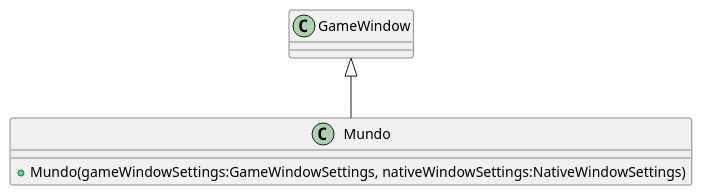
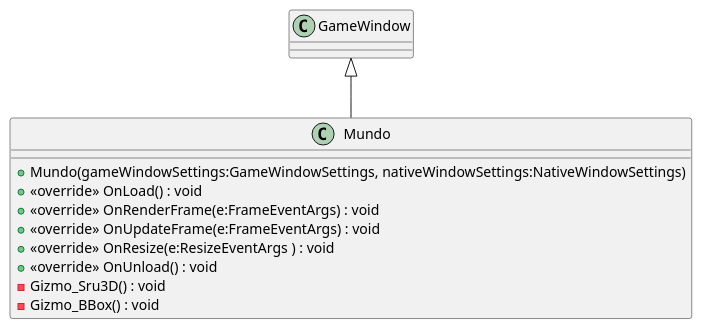
One commit to gcgfurb/disciplinaCg_2024-1_not_equipe-06 changed the diagram in Unidade3/CG_N3_Exemplo/plantuml/Mundo.puml. Above: the diagram before and after it, drawn with PlantUML. The commit also changed 10 other files, not shown here.

Commit message:
Ajuste diagramas

```diff
--- a/Unidade3/CG_N3_Exemplo/plantuml/Mundo.puml
+++ b/Unidade3/CG_N3_Exemplo/plantuml/Mundo.puml
@@ -1,6 +1,13 @@
-@startuml
+@startuml Mundo
 class Mundo {
     + Mundo(gameWindowSettings:GameWindowSettings, nativeWindowSettings:NativeWindowSettings)
+    + <<override>> OnLoad() : void
+    + <<override>> OnRenderFrame(e:FrameEventArgs) : void
+    + <<override>> OnUpdateFrame(e:FrameEventArgs) : void
+    + <<override>> OnResize(e:ResizeEventArgs ) : void
+    + <<override>> OnUnload() : void
+    - Gizmo_Sru3D() : void
+    - Gizmo_BBox() : void 
 }
 GameWindow <|-- Mundo
 @enduml
```
